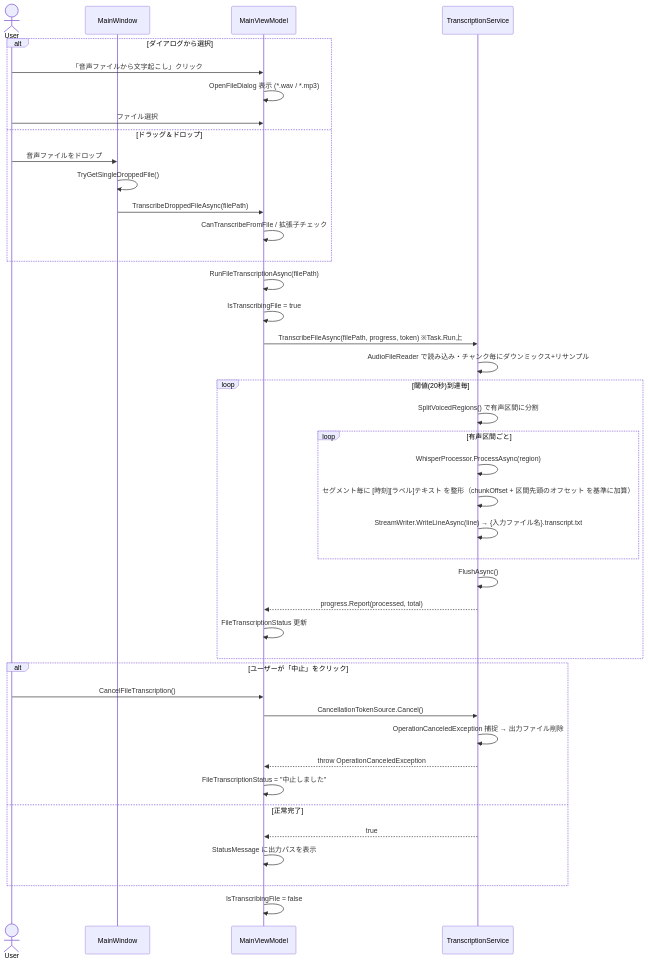
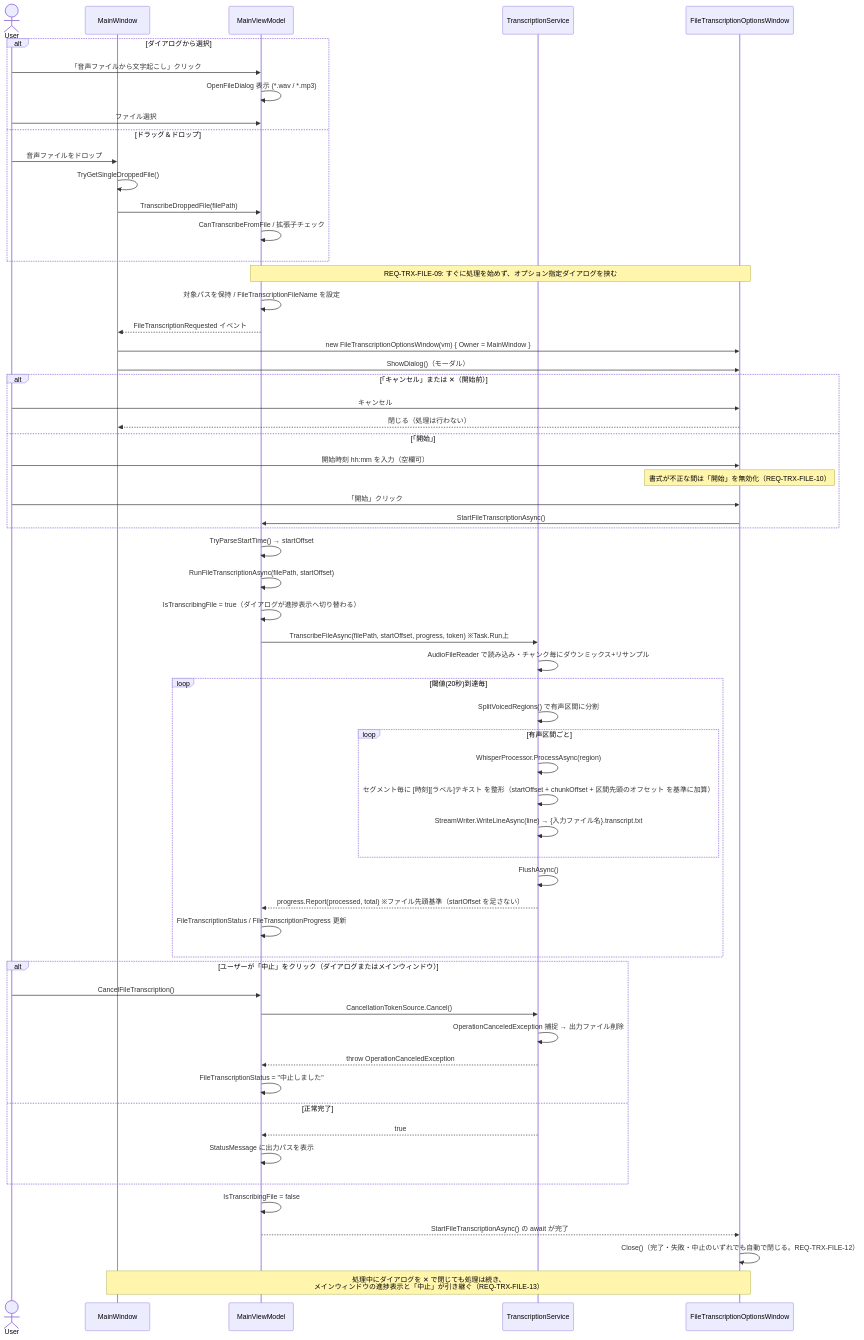
One commit to otomac/audio-capture-app changed the sixth of 7 diagrams in docs/spec/04_sequence_diagram.md. Above: the diagram before and after it, drawn with Mermaid. The commit also changed 14 other files, not shown here.

````diff
--- a/docs/spec/04_sequence_diagram.md
+++ b/docs/spec/04_sequence_diagram.md
@@ -178,48 +178,71 @@
 ```mermaid
 sequenceDiagram
     actor User
     participant MW as MainWindow
     participant VM as MainViewModel
     participant TS as TranscriptionService
+
+    participant OW as FileTranscriptionOptionsWindow
 
     alt ダイアログから選択
         User->>VM: 「音声ファイルから文字起こし」クリック
         VM->>VM: OpenFileDialog 表示 (*.wav / *.mp3)
         User->>VM: ファイル選択
     else ドラッグ＆ドロップ
         User->>MW: 音声ファイルをドロップ
         MW->>MW: TryGetSingleDroppedFile()
-        MW->>VM: TranscribeDroppedFileAsync(filePath)
+        MW->>VM: TranscribeDroppedFile(filePath)
         VM->>VM: CanTranscribeFromFile / 拡張子チェック
     end
 
-    VM->>VM: RunFileTranscriptionAsync(filePath)
-    VM->>VM: IsTranscribingFile = true
-    VM->>TS: TranscribeFileAsync(filePath, progress, token) ※Task.Run上
+    Note over VM,OW: REQ-TRX-FILE-09: すぐに処理を始めず、オプション指定ダイアログを挟む
+    VM->>VM: 対象パスを保持 / FileTranscriptionFileName を設定
+    VM-->>MW: FileTranscriptionRequested イベント
+    MW->>OW: new FileTranscriptionOptionsWindow(vm) { Owner = MainWindow }
+    MW->>OW: ShowDialog()（モーダル）
+
+    alt 「キャンセル」または ✕（開始前）
+        User->>OW: キャンセル
+        OW-->>MW: 閉じる（処理は行わない）
+    else 「開始」
+        User->>OW: 開始時刻 hh:mm を入力（空欄可）
+        Note over OW: 書式が不正な間は「開始」を無効化（REQ-TRX-FILE-10）
+        User->>OW: 「開始」クリック
+        OW->>VM: StartFileTranscriptionAsync()
+    end
+
+    VM->>VM: TryParseStartTime() → startOffset
+    VM->>VM: RunFileTranscriptionAsync(filePath, startOffset)
+    VM->>VM: IsTranscribingFile = true（ダイアログが進捗表示へ切り替わる）
+    VM->>TS: TranscribeFileAsync(filePath, startOffset, progress, token) ※Task.Run上
 
     TS->>TS: AudioFileReader で読み込み・チャンク毎にダウンミックス+リサンプル
     loop 閾値(20秒)到達毎
         TS->>TS: SplitVoicedRegions() で有声区間に分割
         loop 有声区間ごと
             TS->>TS: WhisperProcessor.ProcessAsync(region)
-            TS->>TS: セグメント毎に [時刻][ラベル]テキスト を整形（chunkOffset + 区間先頭のオフセット を基準に加算）
+            TS->>TS: セグメント毎に [時刻][ラベル]テキスト を整形（startOffset + chunkOffset + 区間先頭のオフセット を基準に加算）
             TS->>TS: StreamWriter.WriteLineAsync(line) → {入力ファイル名}.transcript.txt
         end
         TS->>TS: FlushAsync()
-        TS-->>VM: progress.Report(processed, total)
-        VM->>VM: FileTranscriptionStatus 更新
+        TS-->>VM: progress.Report(processed, total) ※ファイル先頭基準（startOffset を足さない）
+        VM->>VM: FileTranscriptionStatus / FileTranscriptionProgress 更新
     end
 
-    alt ユーザーが「中止」をクリック
+    alt ユーザーが「中止」をクリック（ダイアログまたはメインウィンドウ）
         User->>VM: CancelFileTranscription()
         VM->>TS: CancellationTokenSource.Cancel()
         TS->>TS: OperationCanceledException 捕捉 → 出力ファイル削除
         TS-->>VM: throw OperationCanceledException
         VM->>VM: FileTranscriptionStatus = "中止しました"
     else 正常完了
         TS-->>VM: true
         VM->>VM: StatusMessage に出力パスを表示
     end
 
     VM->>VM: IsTranscribingFile = false
+    VM-->>OW: StartFileTranscriptionAsync() の await が完了
+    OW->>OW: Close()（完了・失敗・中止のいずれでも自動で閉じる。REQ-TRX-FILE-12）
+
+    Note over MW,OW: 処理中にダイアログを ✕ で閉じても処理は続き、<br/>メインウィンドウの進捗表示と「中止」が引き継ぐ（REQ-TRX-FILE-13）
 ```
````
